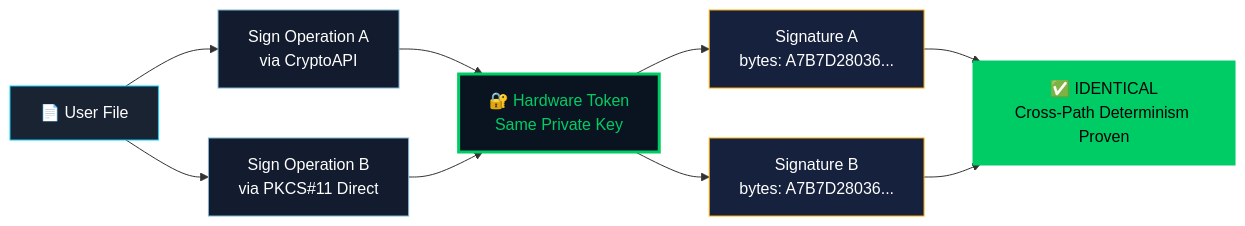
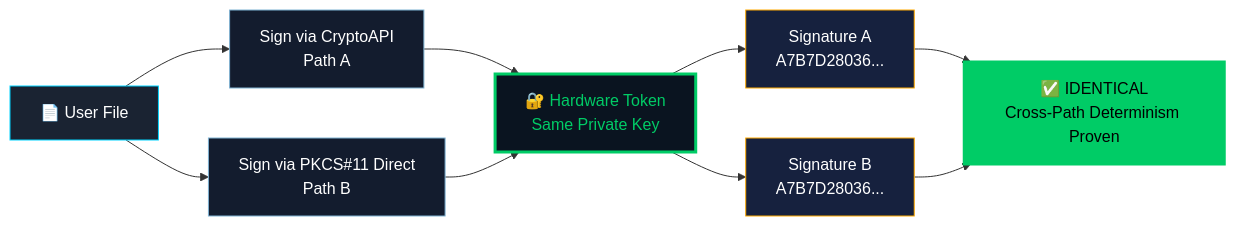
The second of 2 diagrams in README.md (samirasameforoughi/DigitalTrustInteroperabilityLab), drawn with Mermaid before and after one commit. The commit also changed other lines of this file, not shown here.

````diff
--- a/README.md
+++ b/README.md
@@ -165,22 +163,22 @@
 ```mermaid
 graph LR
-    F["📄 User File"] --> S1["Sign Operation A<br/>via CryptoAPI"]
-    F --> S2["Sign Operation B<br/>via PKCS#11 Direct"]
+    F["📄 User File"] --> S1["Sign via CryptoAPI<br/>Path A"]
+    F --> S2["Sign via PKCS#11 Direct<br/>Path B"]
     
     S1 --> T["🔐 Hardware Token<br/>Same Private Key"]
     S2 --> T
     
-    T --> SIG1["Signature A<br/>bytes: A7B7D28036..."]
-    T --> SIG2["Signature B<br/>bytes: A7B7D28036..."]
+    T --> SIG1["Signature A<br/>A7B7D28036..."]
+    T --> SIG2["Signature B<br/>A7B7D28036..."]
     
     SIG1 --> M["✅ IDENTICAL<br/>Cross-Path Determinism Proven"]
     SIG2 --> M
     
     style F fill:#1a2332,stroke:#00d4ff,color:#fff
     style T fill:#0a1420,stroke:#00cc66,color:#00cc66,stroke-width:3px
     style M fill:#00cc66,stroke:#00cc66,color:#000,stroke-width:3px
     style S1 fill:#131c2e,stroke:#7fb3d3,color:#fff
     style S2 fill:#131c2e,stroke:#7fb3d3,color:#fff
     style SIG1 fill:#16213e,stroke:#ffaa00,color:#fff
     style SIG2 fill:#16213e,stroke:#ffaa00,color:#fff
 ```
````
